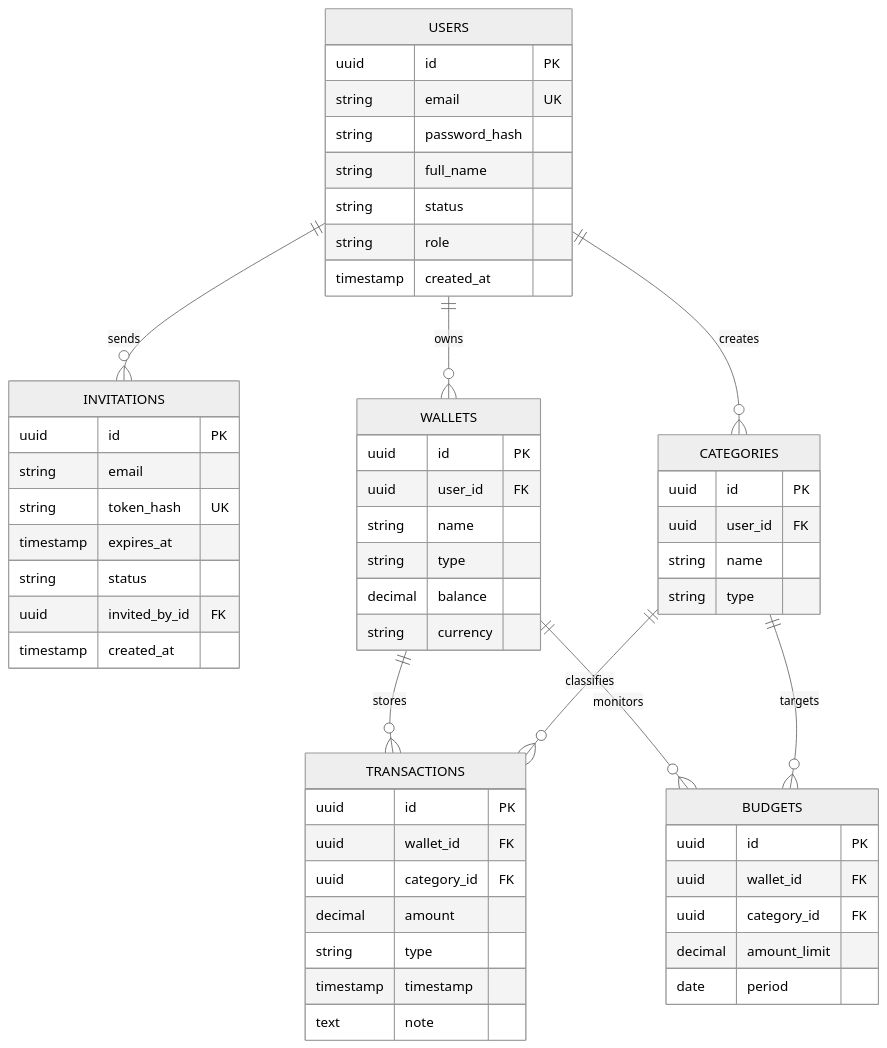
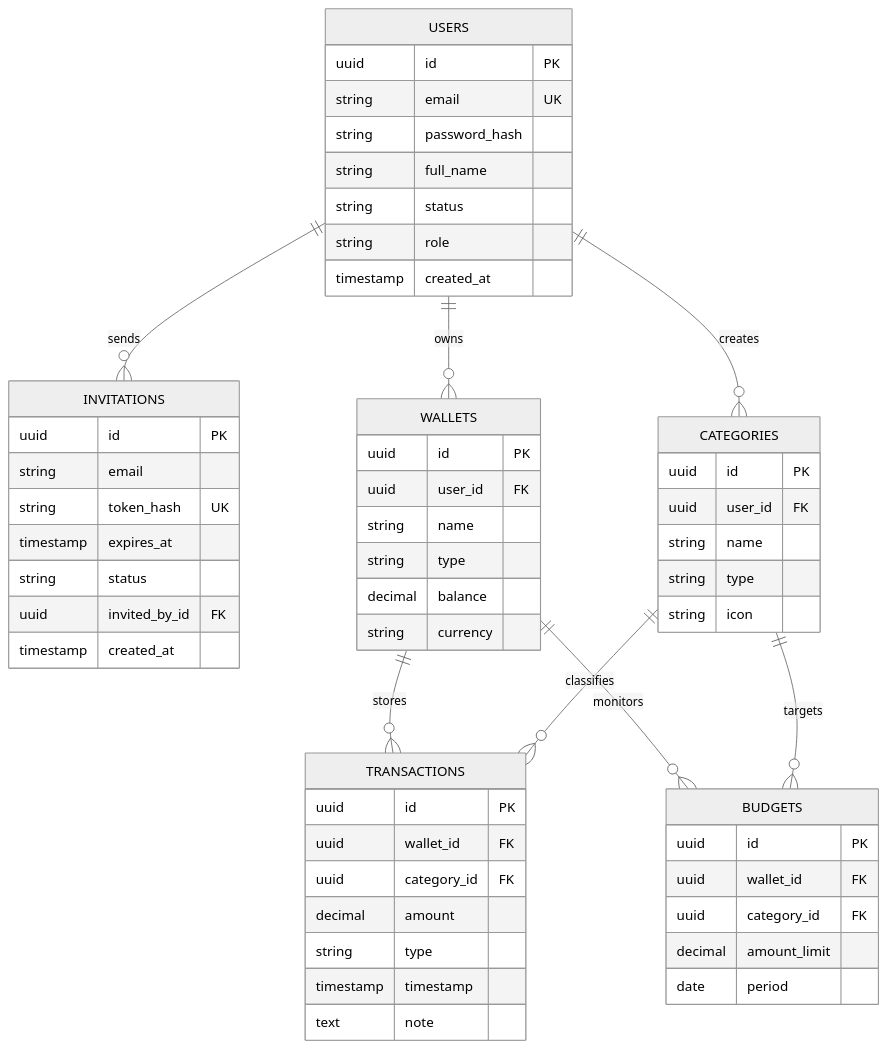
One commit to Viktorious1701/PFM changed the sixth of 7 diagrams in SDS.md. Above: the diagram before and after it, drawn with Mermaid (neutral theme). The commit also changed other lines of this file and 16 other files, not shown here.

````diff
--- a/SDS.md
+++ b/SDS.md
@@ -390,64 +391,65 @@
 ```mermaid
 erDiagram
     USERS ||--o{ INVITATIONS : sends
     USERS ||--o{ WALLETS : owns
     USERS ||--o{ CATEGORIES : creates
     WALLETS ||--o{ TRANSACTIONS : stores
     CATEGORIES ||--o{ TRANSACTIONS : classifies
     WALLETS ||--o{ BUDGETS : monitors
     CATEGORIES ||--o{ BUDGETS : targets
 
     USERS {
         uuid id PK
         string email UK
         string password_hash
         string full_name
         string status
         string role
         timestamp created_at
     }
 
     INVITATIONS {
         uuid id PK
         string email
         string token_hash UK
         timestamp expires_at
         string status
         uuid invited_by_id FK
         timestamp created_at
     }
 
     WALLETS {
         uuid id PK
         uuid user_id FK
         string name
         string type
         decimal balance
         string currency
     }
 
     CATEGORIES {
         uuid id PK
         uuid user_id FK
         string name
         string type
+        string icon
     }
 
     TRANSACTIONS {
         uuid id PK
         uuid wallet_id FK
         uuid category_id FK
         decimal amount
         string type
         timestamp timestamp
         text note
     }
 
     BUDGETS {
         uuid id PK
         uuid wallet_id FK
         uuid category_id FK
         decimal amount_limit
         date period
     }
 ```
````
